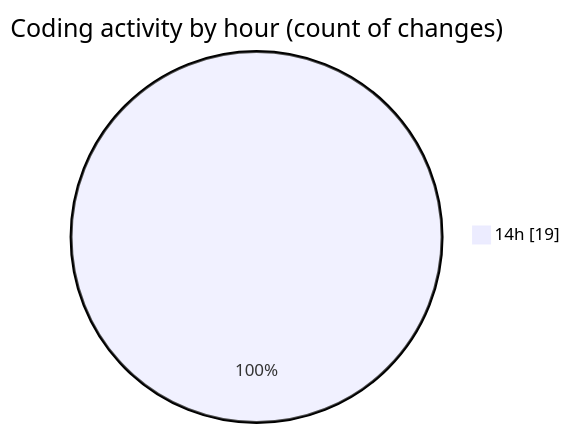
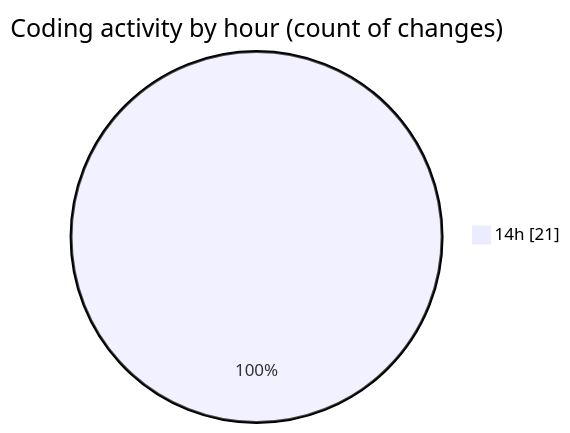
The second of 2 diagrams in 2025-05-24/projects/README.md (Ritupan-Deka/code-tracking), drawn with Mermaid before and after one commit. The commit also changed other lines of this file and 1 other file, not shown here.

````diff
--- a/2025-05-24/projects/README.md
+++ b/2025-05-24/projects/README.md
@@ -33,5 +33,5 @@
 ```mermaid
 pie showData
 title Coding activity by hour (count of changes)
-"14h" : 19
+"14h" : 21
 ```
````
